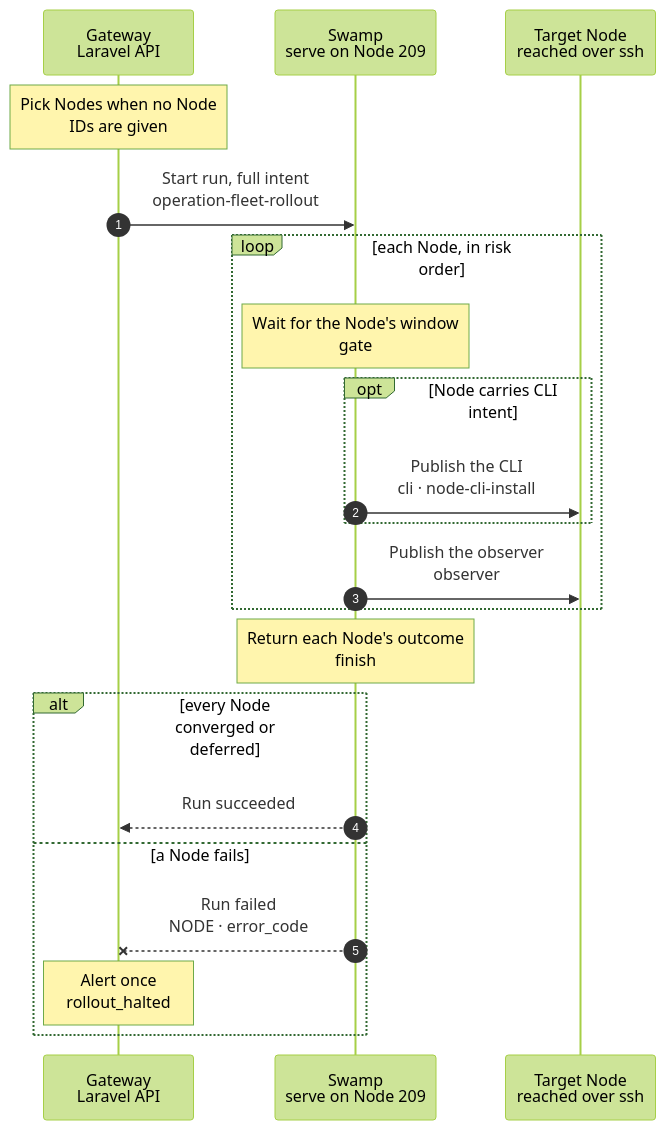
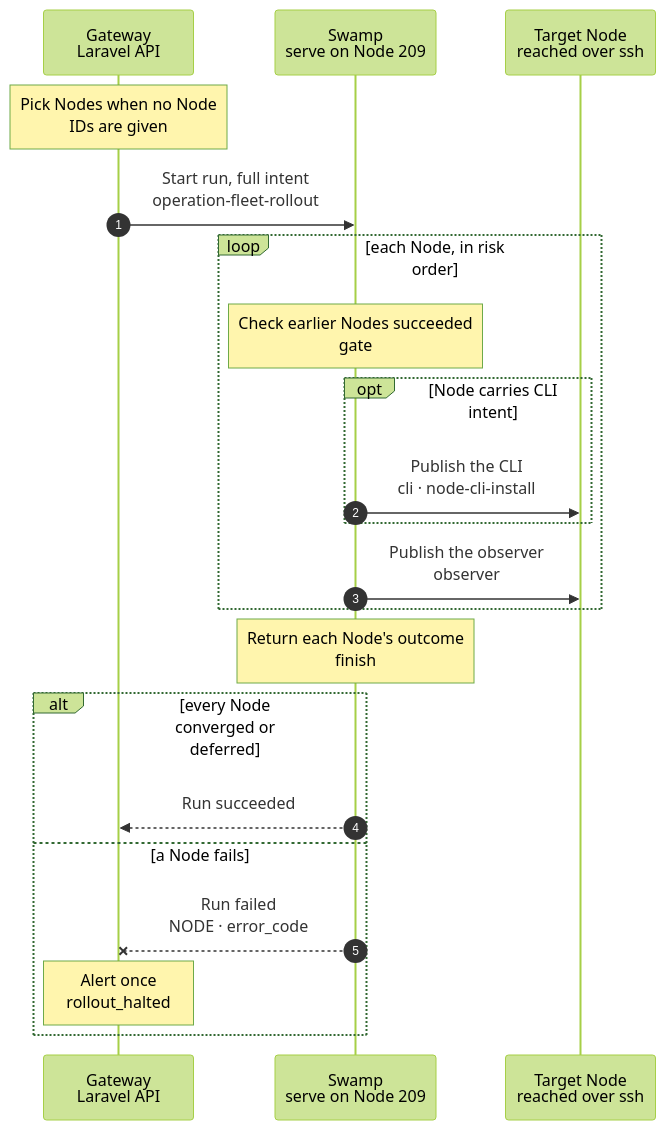
Before and after one commit to hardimpactdev/orbit: the diagram in docs/cli/fleet/rollout.mmd, drawn with Mermaid (forest theme). The commit also changed 19 other files, not shown here.

First line of the commit message:
Roll out the fleet and refresh defaults right after each release

```diff
--- a/docs/cli/fleet/rollout.mmd
+++ b/docs/cli/fleet/rollout.mmd
@@ -1,67 +1,67 @@
 sequenceDiagram
   %% Each Node visit runs fleet-release-node: gate, CLI install when needed, record, pinned observer. It applies no role; a role changes only through node:converge. R3c: no rollout records, Swamp run history is the record. docs/reference/gateway-recovery.md#fleet-rollout.
   %% status: draft
   %% command: orbit fleet:rollout
   %% kind: fleet.rollout
   autonumber
   %% lane GW icon=gateway pill=intent tone=blue
   %% lane SW icon=workflow pill=executes tone=green
   %% lane N icon=server pill=target tone=amber
   participant GW as Gateway<br/>Laravel API
   participant SW as Swamp<br/>serve on Node 209
   participant N as Target Node<br/>reached over ssh
   Note over GW: Pick Nodes when no Node<br/>IDs are given
   %%> When:
-  %%> - when the Gateway records a release `verified`: the release’s fleet pass uses this Operation when a Node needs agent or CLI delivery
-  %%> - once a day at 03:05 Europe/Amsterdam, when the window of the other Nodes opens; the schedule only queues the admission
+  %%> - when the Gateway records a release `verified`, at once and at any hour: the release’s fleet pass uses this Operation when a Node needs agent or CLI delivery
+  %%> - once a day at 03:05 Europe/Amsterdam, to catch membership changes, drift and late CLI releases between releases; the schedule only queues the admission
   %%> - when an operator runs `orbit fleet:rollout`
   %%> - always while `ORBIT_FLEET_ROLLOUT=true`, and only for a commit whose Gateway release is verified
   %%> Decided by the orchestrator, for Nick's review:
   %%> - the verified release admits the rollout, as `gateway:release:deploy` says; the deleted `fleet-maintenance` schedule did it each minute until 2026-11-06
-  %%> - most releases land outside the window, so a daily pass at window open visits the Nodes they deferred
+  %%> - the fleet always rolls out right after each release; there is no time window (Nick, 2026-11-18)
   %%> - the release pass confirms the serving release under the writer lock before admitting a visit, including for Nodes with no CLI caller
   %%> - the admission waits while another rollout runs; Nodes without CLI intent need no CLI release
   %%> - a Node with CLI intent waits for its CLI release; the admission keeps its one-minute retry after admitting other Nodes
   %%> Picks:
   %%> - a Node whose last visit for this commit did not converge it, a drifted Node, or a Node not visited yet
   %%> - at most once per 5 minutes per Node; the last visit is read from earlier rollout results
   %%> - no Node after a failed Node that still waits its 5 minutes
   %%> - in risk order: `app-dev`, then `ci-runner` `metrics` `analytics`, then `database` `websocket` `vpn` `router`, then `app-prod` `ingress`
   GW->>SW: Start run, full intent<br/>operation-fleet-rollout
   %%> Input:
   %%> - each picked Node with its agent pin; CLI intent only for Nodes that require it
   %%> - the commit stays on the Gateway for visit history and alerts; steps never fetch intent or post results
   %%> Requirements:
   %%> - no other rollout is running
   loop each Node, in risk order
-    Note over SW: Wait for the Node's window<br/>gate
+    Note over SW: Check earlier Nodes succeeded<br/>gate
     %%> Why:
-    %%> - `app-dev`-only Nodes go at any hour; others only 03:00–06:00 Europe/Amsterdam
-    %%> - a closed window defers the Node to a later pass; it is not a failure
+    %%> - one Node at a time: a Node acts only after every earlier Node succeeded
+    %%> - every Node goes at any hour; a busy publication lock defers the Node to a later pass, it is not a failure
     opt Node carries CLI intent
       SW->>N: Publish the CLI<br/>cli · node-cli-install
       %%> What it does:
       %%> - the Gateway uses the shared CLI eligibility rule; failed publication stops this Node
     end
     SW->>N: Publish the observer<br/>observer
     %%> What it does:
     %%> - a Node without CLI intent skips the CLI child and publishes its observer independently
     %%> - the running digest and active unit prove the pinned observer
   end
   Note over SW: Return each Node's outcome<br/>finish
   %%> What it does:
   %%> - shapes one bounded result from child outputs; a native assertion fails the run when a Node failed
   %%> - the Gateway's shared terminal reader captures the result, including when the run failed
   alt every Node converged or deferred
     SW-->>GW: Run succeeded
     %%> Result:
     %%> - the Operation result lists each Node's outcome; the next pass reads it
   else a Node fails
     SW--xGW: Run failed<br/>NODE · error_code
     %%> Why stop:
     %%> - later Nodes are not visited, so one bad release breaks at most one Node
     Note over GW: Alert once<br/>rollout_halted
     %%> Retry:
-    %%> - fix the cause; the next pass (a verified release, the daily window pass or an operator) starts again at this Node
+    %%> - fix the cause; the next pass (a verified release, the daily pass or an operator) starts again at this Node
     %%> - retries raise no new alert for the same Node, commit and error
   end
```
